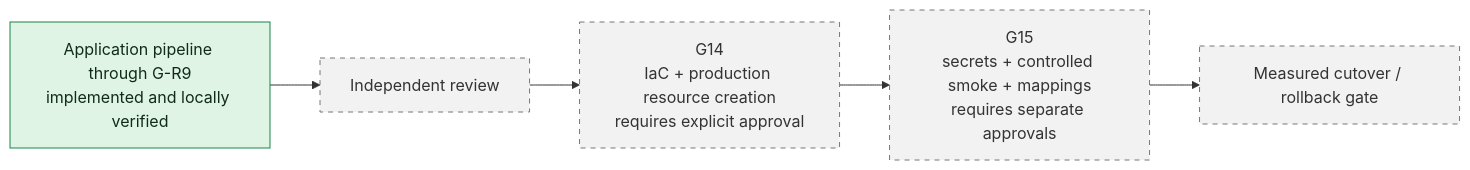
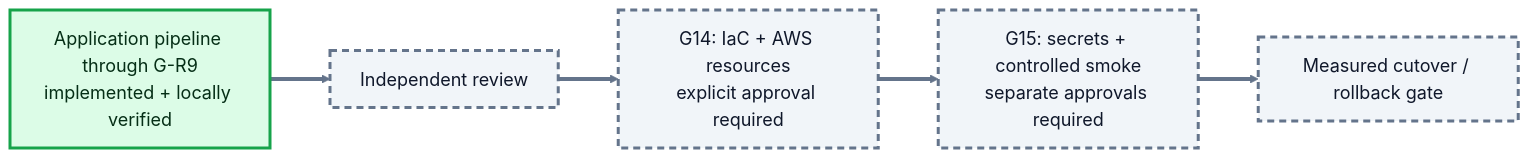
The ninth of 9 diagrams in IMPLEMENTED_AWS_PIPELINE_ARCHITECTURE.md (haritchowdhury/ShopSniper), drawn with Mermaid before and after one commit. The commit also changed other lines of this file, not shown here.

````diff
--- a/IMPLEMENTED_AWS_PIPELINE_ARCHITECTURE.md
+++ b/IMPLEMENTED_AWS_PIPELINE_ARCHITECTURE.md
@@ -246,12 +322,17 @@
 ```mermaid
+%%{init: {"theme":"base","themeVariables":{"fontFamily":"Inter, Arial, sans-serif","fontSize":"18px"},"flowchart":{"curve":"basis","nodeSpacing":50,"rankSpacing":60,"htmlLabels":true}}}%%
 flowchart LR
-    DONE["Application pipeline through G-R9<br/>implemented and locally verified"] --> REVIEW["Independent review"]
-    REVIEW --> G14["G14<br/>IaC + production resource creation<br/>requires explicit approval"]
-    G14 --> G15["G15<br/>secrets + controlled smoke + mappings<br/>requires separate approvals"]
-    G15 --> CUTOVER["Measured cutover / rollback gate"]
+    A["Application pipeline through G-R9<br/>implemented + locally verified"]
+    B["Independent review"]
+    C["G14: IaC + AWS resources<br/>explicit approval required"]
+    D["G15: secrets + controlled smoke<br/>separate approvals required"]
+    E["Measured cutover / rollback gate"]
 
-    classDef complete fill:#dff4e4,stroke:#18864b,color:#102b1c;
-    classDef parked fill:#f2f2f2,stroke:#777,color:#333,stroke-dasharray: 5 5;
-    class DONE complete;
-    class REVIEW,G14,G15,CUTOVER parked;
+    A --> B --> C --> D --> E
+
+    classDef complete fill:#dcfce7,stroke:#16a34a,stroke-width:3px,color:#052e16;
+    classDef parked fill:#f1f5f9,stroke:#64748b,stroke-width:3px,stroke-dasharray:7 5,color:#0f172a;
+    class A complete;
+    class B,C,D,E parked;
+    linkStyle default stroke:#64748b,stroke-width:4px;
 ```
````
